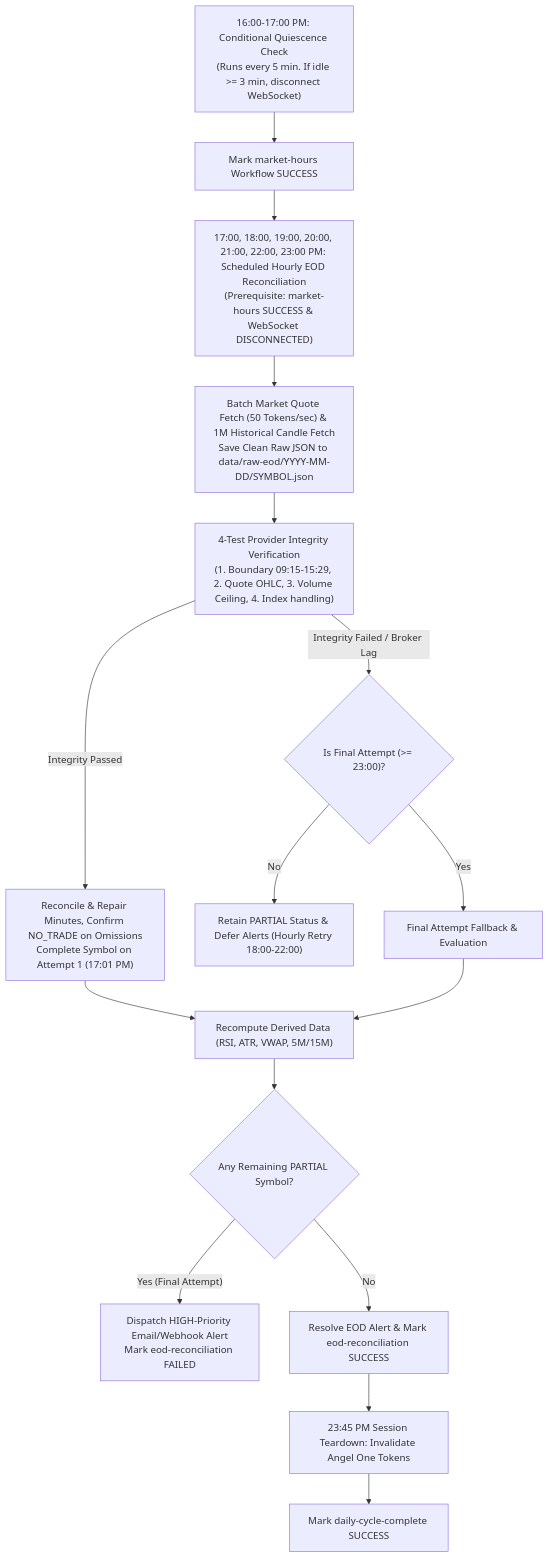
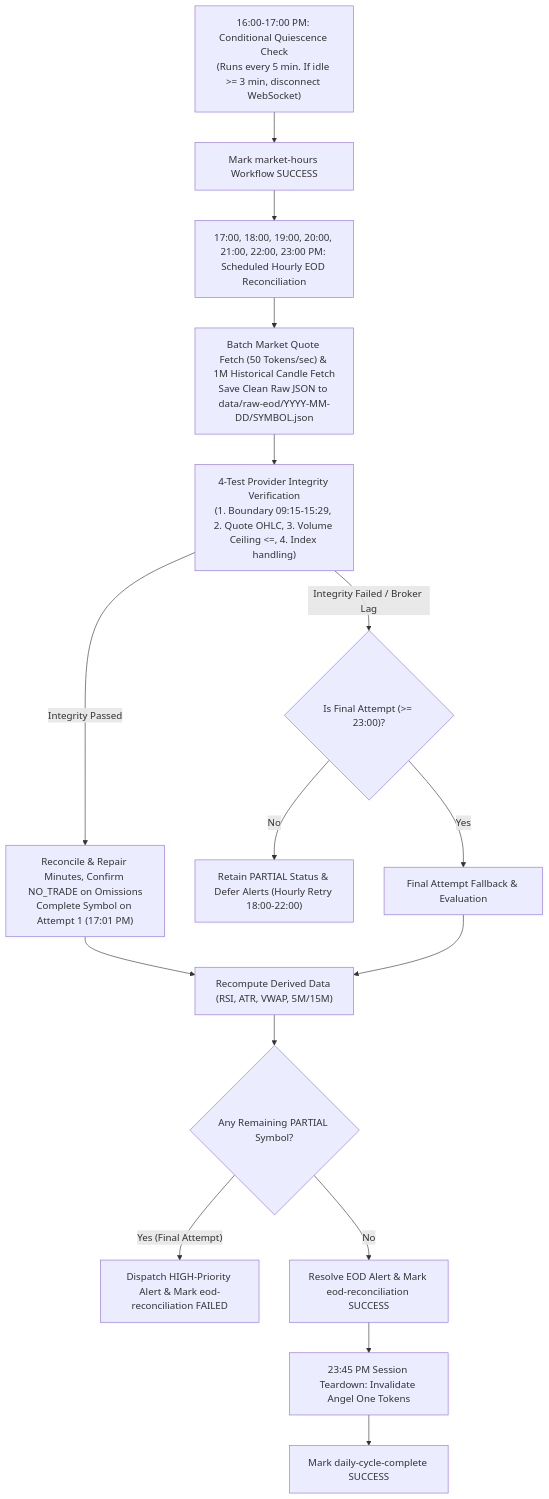
The third of 3 diagrams in project_workflow.md (Nanivenky03/market-scanner), drawn with Mermaid before and after one commit. The commit also changed other lines of this file and 137 other files, not shown here.

````diff
--- a/project_workflow.md
+++ b/project_workflow.md
@@ -200,18 +191,18 @@
 ```mermaid
 flowchart TD
     A["16:00-17:00 PM: Conditional Quiescence Check<br/>(Runs every 5 min. If idle >= 3 min, disconnect WebSocket)"] --> B["Mark market-hours Workflow SUCCESS"]
-    B --> C["17:00, 18:00, 19:00, 20:00, 21:00, 22:00, 23:00 PM: Scheduled Hourly EOD Reconciliation<br/>(Prerequisite: market-hours SUCCESS & WebSocket DISCONNECTED)"]
+    B --> C["17:00, 18:00, 19:00, 20:00, 21:00, 22:00, 23:00 PM: Scheduled Hourly EOD Reconciliation"]
     C --> D["Batch Market Quote Fetch (50 Tokens/sec) & 1M Historical Candle Fetch<br/>Save Clean Raw JSON to data/raw-eod/YYYY-MM-DD/SYMBOL.json"]
-    D --> E["4-Test Provider Integrity Verification<br/>(1. Boundary 09:15-15:29, 2. Quote OHLC, 3. Volume Ceiling, 4. Index handling)"]
+    D --> E["4-Test Provider Integrity Verification<br/>(1. Boundary 09:15-15:29, 2. Quote OHLC, 3. Volume Ceiling <=, 4. Index handling)"]
     E -- Integrity Passed --> F["Reconcile & Repair Minutes, Confirm NO_TRADE on Omissions<br/>Complete Symbol on Attempt 1 (17:01 PM)"]
     E -- Integrity Failed / Broker Lag --> G{"Is Final Attempt (>= 23:00)?"}
     G -- No --> H["Retain PARTIAL Status & Defer Alerts (Hourly Retry 18:00-22:00)"]
     G -- Yes --> I["Final Attempt Fallback & Evaluation"]
     F --> J["Recompute Derived Data (RSI, ATR, VWAP, 5M/15M)"]
     I --> J
     J --> K{"Any Remaining PARTIAL Symbol?"}
-    K -- Yes (Final Attempt) --> L["Dispatch HIGH-Priority Email/Webhook Alert<br/>Mark eod-reconciliation FAILED"]
+    K -- Yes (Final Attempt) --> L["Dispatch HIGH-Priority Alert & Mark eod-reconciliation FAILED"]
     K -- No --> M["Resolve EOD Alert & Mark eod-reconciliation SUCCESS"]
     M --> N["23:45 PM Session Teardown: Invalidate Angel One Tokens"]
     N --> O["Mark daily-cycle-complete SUCCESS"]
 ```
````
